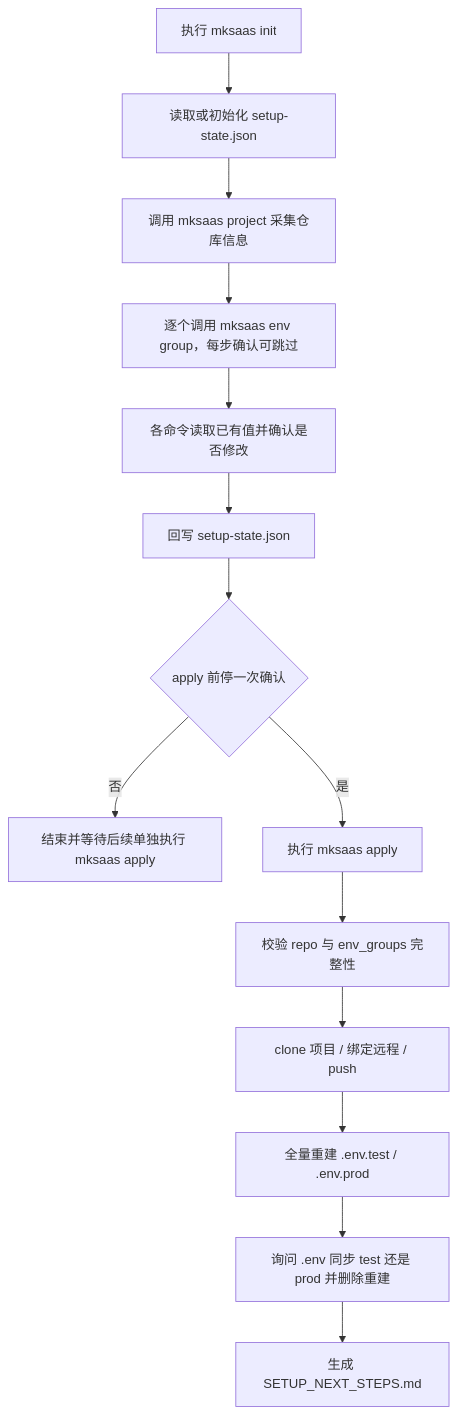
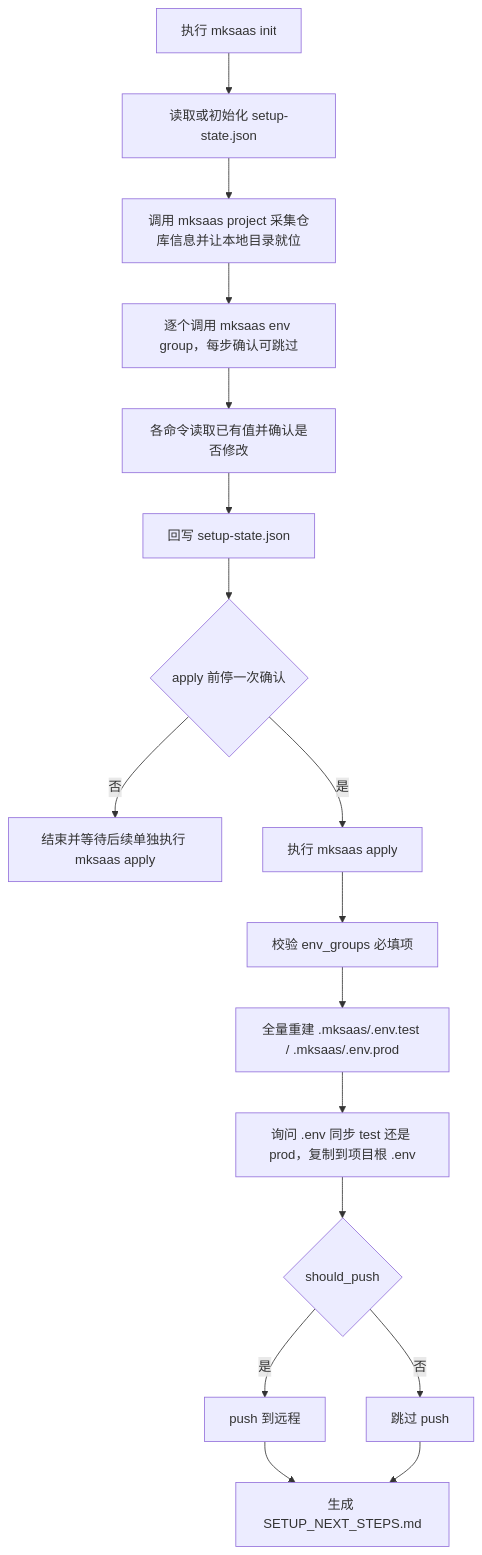
Before and after one commit to CaffeineOddity/mksaas_command: the first of 2 diagrams in REQUIREMENTS.md, drawn with Mermaid. The commit also changed other lines of this file and 7 other files, not shown here.

First line of the commit message:
docs: project 承接项目创建 + .mksaas 放仓库内 + env 落点调整

````diff
--- a/REQUIREMENTS.md
+++ b/REQUIREMENTS.md
@@ -213,16 +213,19 @@
 ```mermaid
 flowchart TD
     A[执行 mksaas init] --> B[读取或初始化 setup-state.json]
-    B --> C[调用 mksaas project 采集仓库信息]
+    B --> C[调用 mksaas project 采集仓库信息并让本地目录就位]
     C --> D[逐个调用 mksaas env group，每步确认可跳过]
     D --> E[各命令读取已有值并确认是否修改]
     E --> F[回写 setup-state.json]
     F --> G{apply 前停一次确认}
     G -->|否| H[结束并等待后续单独执行 mksaas apply]
     G -->|是| I[执行 mksaas apply]
-    I --> J[校验 repo 与 env_groups 完整性]
-    J --> K[clone 项目 / 绑定远程 / push]
-    K --> L[全量重建 .env.test / .env.prod]
-    L --> N[询问 .env 同步 test 还是 prod 并删除重建]
-    N --> O[生成 SETUP_NEXT_STEPS.md]
+    I --> J[校验 env_groups 必填项]
+    J --> K[全量重建 .mksaas/.env.test / .mksaas/.env.prod]
+    K --> L[询问 .env 同步 test 还是 prod，复制到项目根 .env]
+    L --> M{should_push}
+    M -->|是| N[push 到远程]
+    M -->|否| O[跳过 push]
+    N --> P[生成 SETUP_NEXT_STEPS.md]
+    O --> P
 ```
````
